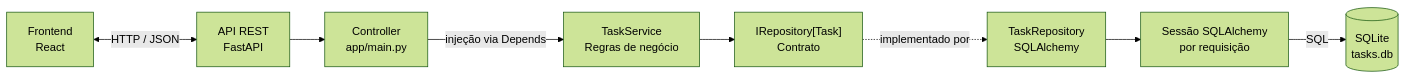
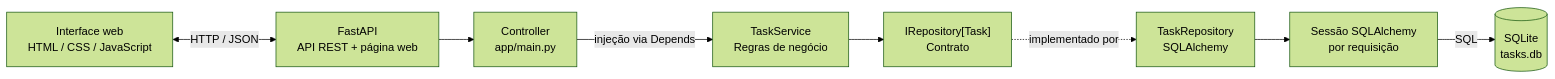
The diagram in docs/arquitetura.md (sbacala/ProjetoMVPTasks-Bacala), drawn with Mermaid (forest theme) before and after one commit. The commit also changed other lines of this file and 1 other file, not shown here.

First line of the commit message:
docs: document task management interface

````diff
--- a/docs/arquitetura.md
+++ b/docs/arquitetura.md
@@ -7,19 +7,19 @@
 ```mermaid
 flowchart LR
-    React["Frontend<br/>React"]
-    API["API REST<br/>FastAPI"]
+    UI["Interface web<br/>HTML / CSS / JavaScript"]
+    API["FastAPI<br/>API REST + página web"]
     Controller["Controller<br/>app/main.py"]
     Service["TaskService<br/>Regras de negócio"]
     Contract["IRepository[Task]<br/>Contrato"]
     Repository["TaskRepository<br/>SQLAlchemy"]
     Session["Sessão SQLAlchemy<br/>por requisição"]
     SQLite[("SQLite<br/>tasks.db")]
 
-    React <-->|"HTTP / JSON"| API
+    UI <-->|"HTTP / JSON"| API
     API --> Controller
     Controller -->|"injeção via Depends"| Service
     Service --> Contract
     Contract -. "implementado por" .-> Repository
     Repository --> Session
     Session -->|"SQL"| SQLite
 ```
````
